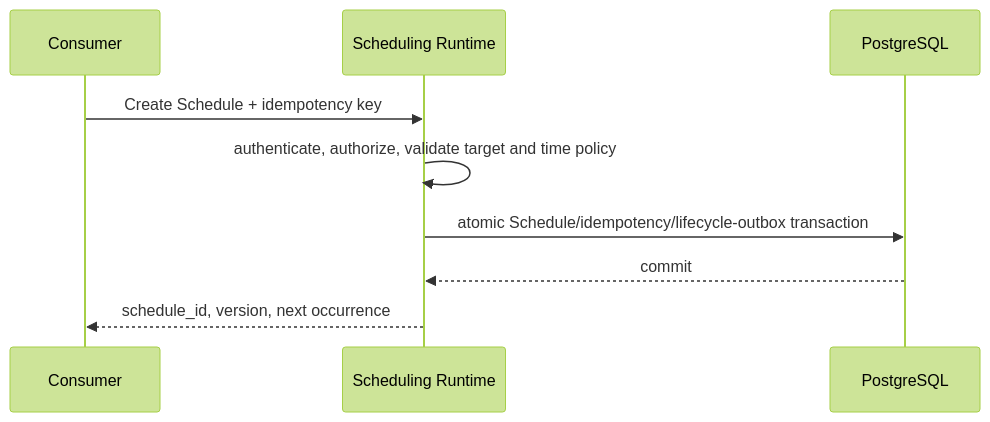
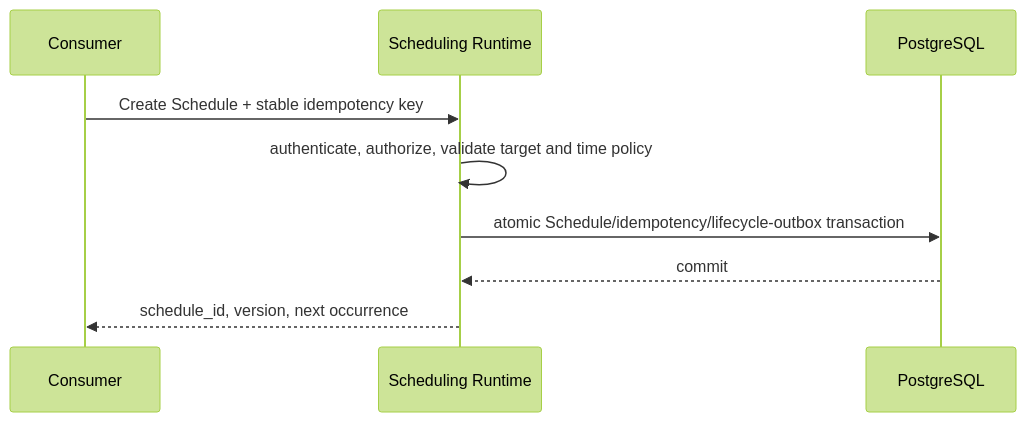
The third of 4 diagrams in 04-system/scnehaux-scheduling-platform/scnehaux-scheduling-runtime.sad.md (anshacerbia2/scnehaux-architecture), drawn with Mermaid (forest theme) before and after one commit. The commit also changed other lines of this file and 7 other files, not shown here.

````diff
--- a/04-system/scnehaux-scheduling-platform/scnehaux-scheduling-runtime.sad.md
+++ b/04-system/scnehaux-scheduling-platform/scnehaux-scheduling-runtime.sad.md
@@ -189,12 +189,12 @@
 ```mermaid
 sequenceDiagram
     participant C as Consumer
     participant S as Scheduling Runtime
     participant D as PostgreSQL
 
-    C->>S: Create Schedule + idempotency key
+    C->>S: Create Schedule + stable idempotency key
     S->>S: authenticate, authorize, validate target and time policy
     S->>D: atomic Schedule/idempotency/lifecycle-outbox transaction
     D-->>S: commit
     S-->>C: schedule_id, version, next occurrence
 ```
````
